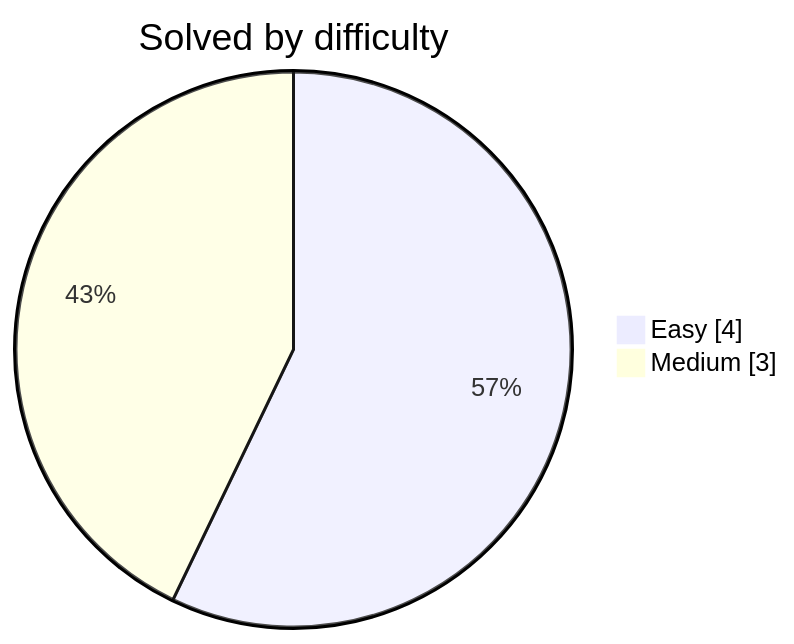
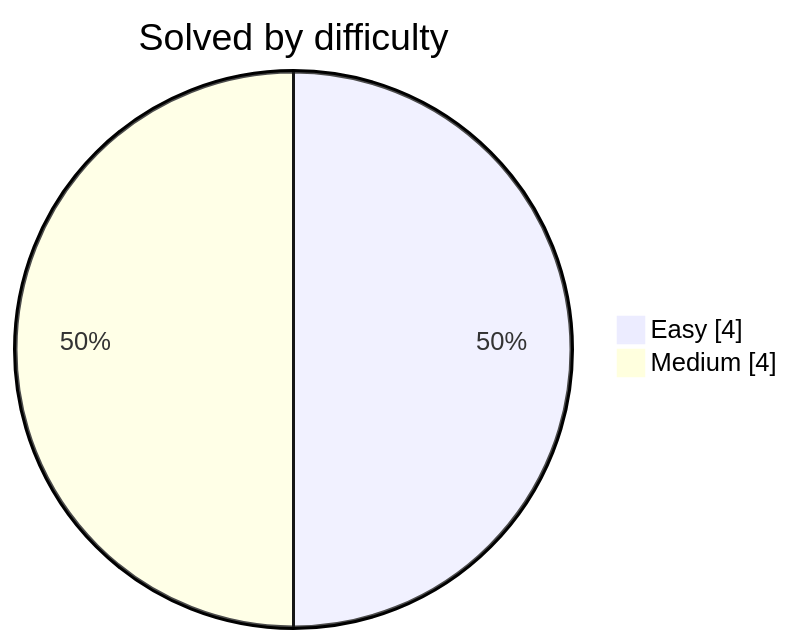
One commit to DwijeshD/leetcode-solutions changed the diagram in README.md. Above: the diagram before and after it, drawn with Mermaid. The commit also changed other lines of this file and 2 other files, not shown here.

````diff
--- a/README.md
+++ b/README.md
@@ -31,6 +31,6 @@
 ```mermaid
 pie showData
     title Solved by difficulty
     "Easy" : 4
-    "Medium" : 3
+    "Medium" : 4
 ```
````
